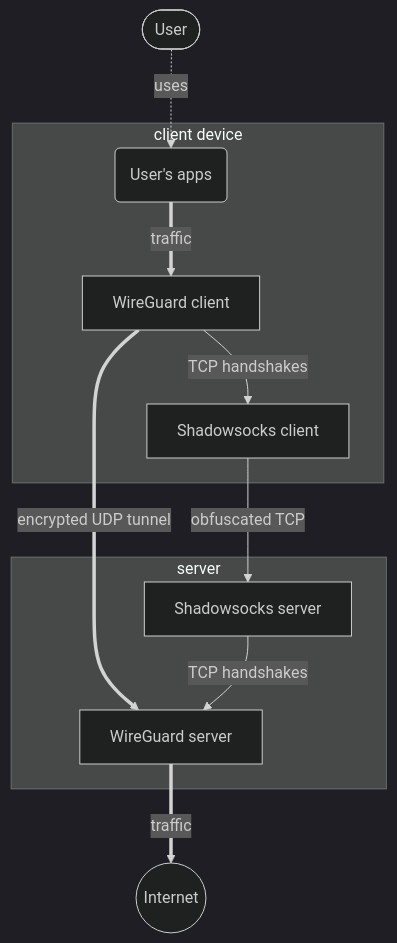
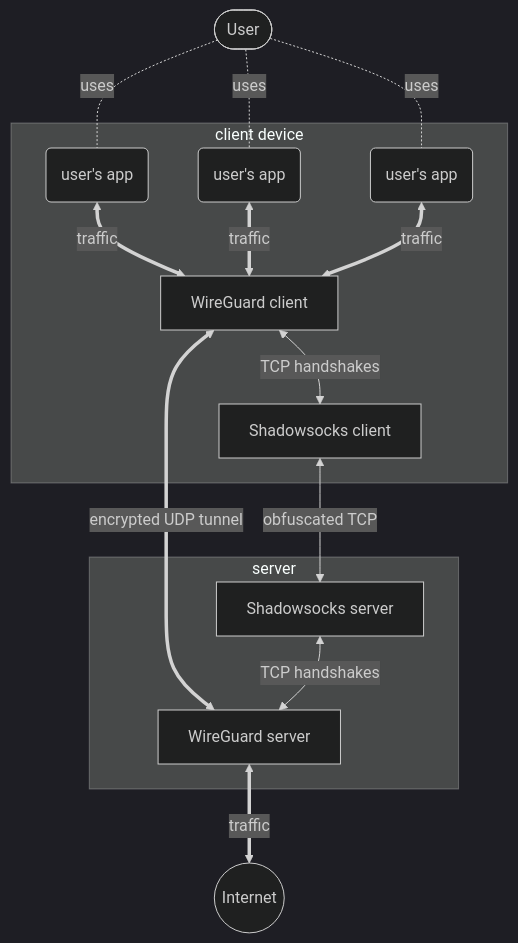
One commit to mchechulnikov/wg changed the diagram in README.md. Above: the diagram before and after it, drawn with Mermaid (dark theme).

````diff
--- a/README.md
+++ b/README.md
@@ -13,31 +13,38 @@
 ```mermaid
 flowchart TB
     U([User])
     
-    U -. uses .-> APP
+    U -. uses .- APP1
+    U -. uses .- APP2
+    U -. uses .- APP3
 
     subgraph client device
-        APP(User's apps)
+        APP1(user's app)
+        APP2(user's app)
+        APP3(user's app)
 
         WGC[WireGuard client]
         SSC[Shadowsocks client]
 
-        APP == traffic ==> WGC
-        WGC -- TCP handshakes --> SSC
+        APP1 <== traffic ==> WGC
+        APP2 <== traffic ==> WGC
+        APP3 <== traffic ==> WGC
+
+        WGC <-- TCP handshakes --> SSC
     end
 
-    SSC -- obfuscated TCP --> SSS
-    WGC == encrypted UDP tunnel ==> WGS
+    SSC <-- obfuscated TCP --> SSS
+    WGC <== encrypted UDP tunnel ==> WGS
 
     subgraph server
         WGS[WireGuard server]
         SSS[Shadowsocks server]
 
-        SSS -- TCP handshakes--> WGS
+        SSS <-- TCP handshakes--> WGS
        
     end
 
-    WGS == traffic ==> I
+    WGS <== traffic ==> I
 
     I((Internet))
 ```
````
